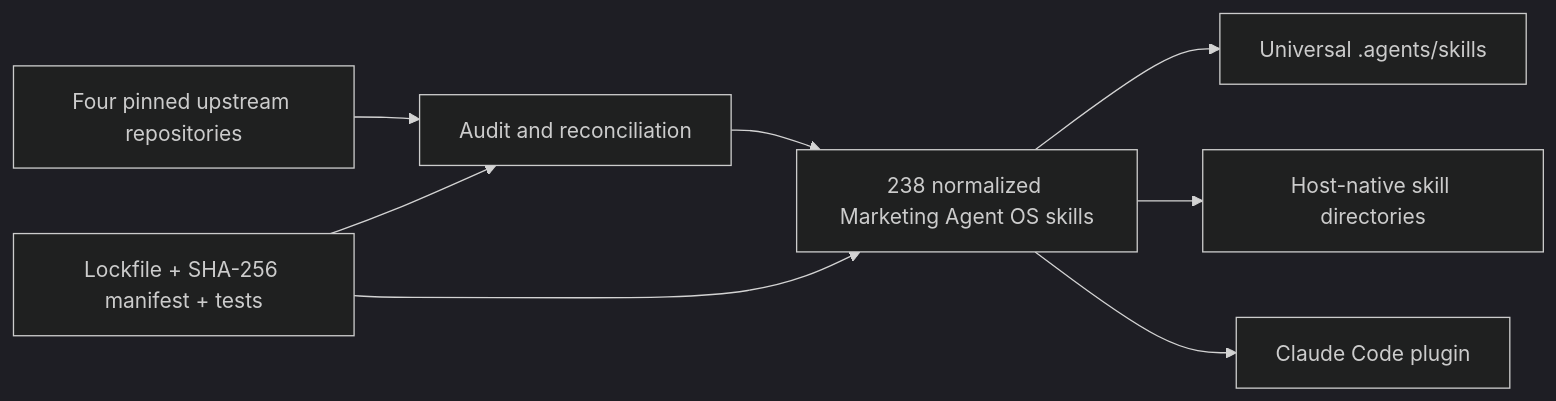
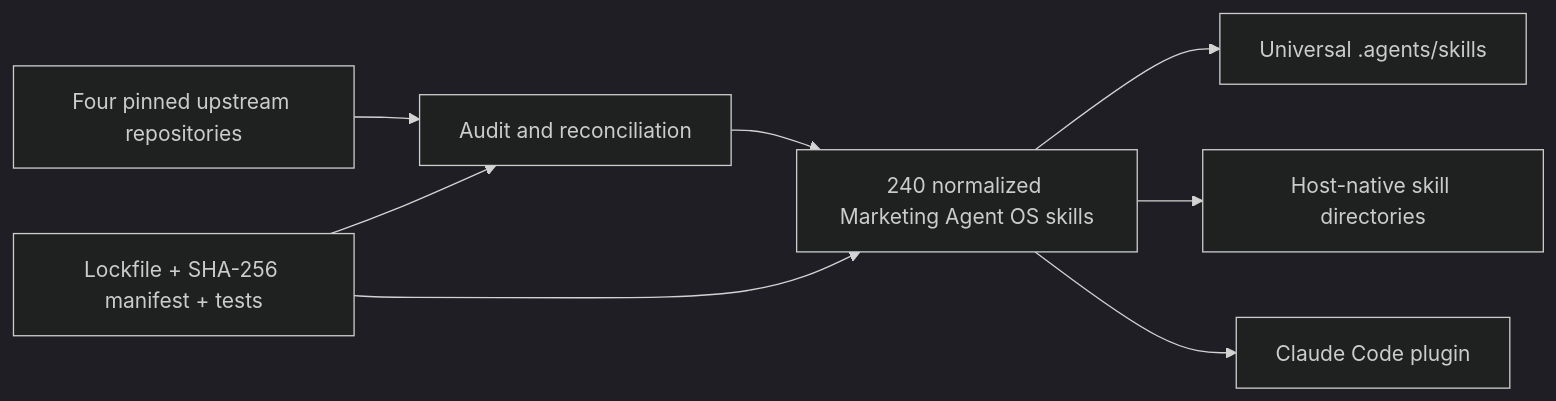
One commit to iamwaqargulzar/Marketing-Agent-OS changed the diagram in README.md. Above: the diagram before and after it, drawn with Mermaid (dark theme). The commit also changed other lines of this file and 212 other files, not shown here.

````diff
--- a/README.md
+++ b/README.md
@@ -136,10 +138,10 @@
 ```mermaid
 flowchart LR
     A["Four pinned upstream repositories"] --> B["Audit and reconciliation"]
-    B --> C["238 normalized Marketing Agent OS skills"]
+    B --> C["240 normalized Marketing Agent OS skills"]
     C --> D["Universal .agents/skills"]
     C --> E["Host-native skill directories"]
     C --> F["Claude Code plugin"]
     G["Lockfile + SHA-256 manifest + tests"] --> B
     G --> C
 ```
````
